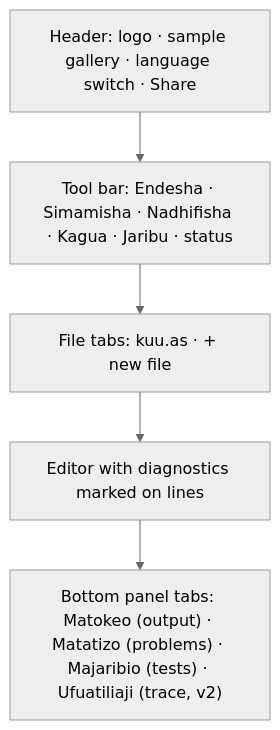
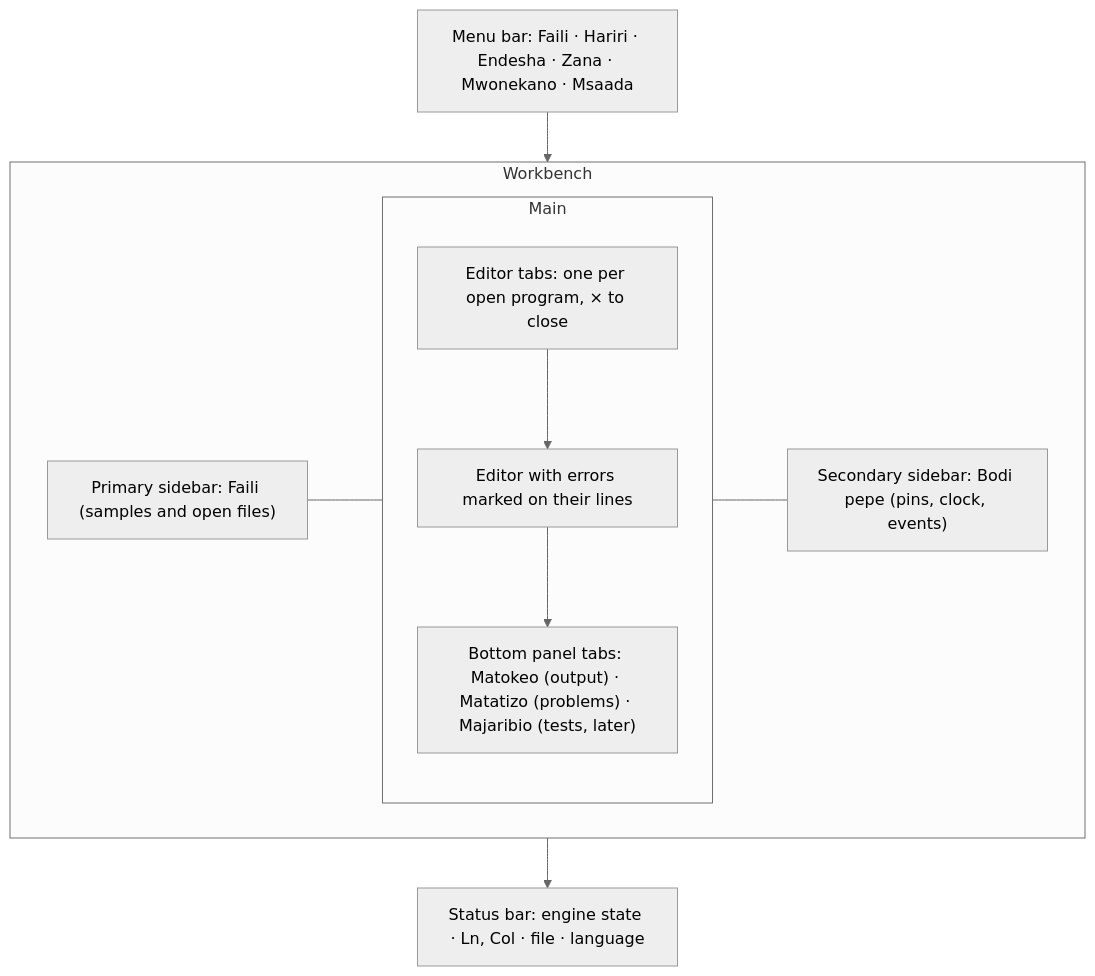
Before and after one commit to Asili-Programming/asili-playground: the first of 2 diagrams in docs/03-app-flow.md, drawn with Mermaid (neutral theme). The commit also changed other lines of this file and 8 other files, not shown here.

````diff
--- a/docs/03-app-flow.md
+++ b/docs/03-app-flow.md
@@ -10,9 +13,18 @@
 ```mermaid
 flowchart TB
-  header["Header: logo · sample gallery · language switch · Share"]
-  toolbar["Tool bar: Endesha · Simamisha · Nadhifisha · Kagua · Jaribu · status"]
-  tabs["File tabs: kuu.as · + new file"]
-  editor["Editor with diagnostics marked on lines"]
-  panel["Bottom panel tabs: Matokeo (output) · Matatizo (problems) · Majaribio (tests) · Ufuatiliaji (trace, v2)"]
-  header --> toolbar --> tabs --> editor --> panel
+  menu["Menu bar: Faili · Hariri · Endesha · Zana · Mwonekano · Msaada"]
+  subgraph body["Workbench"]
+    direction LR
+    primary["Primary sidebar: Faili (samples and open files)"]
+    subgraph center["Main"]
+      tabs["Editor tabs: one per open program, × to close"]
+      editor["Editor with errors marked on their lines"]
+      panel["Bottom panel tabs: Matokeo (output) · Matatizo (problems) · Majaribio (tests, later)"]
+      tabs --> editor --> panel
+    end
+    secondary["Secondary sidebar: Bodi pepe (pins, clock, events)"]
+    primary --- center --- secondary
+  end
+  status["Status bar: engine state · Ln, Col · file · language"]
+  menu --> body --> status
 ```
````
